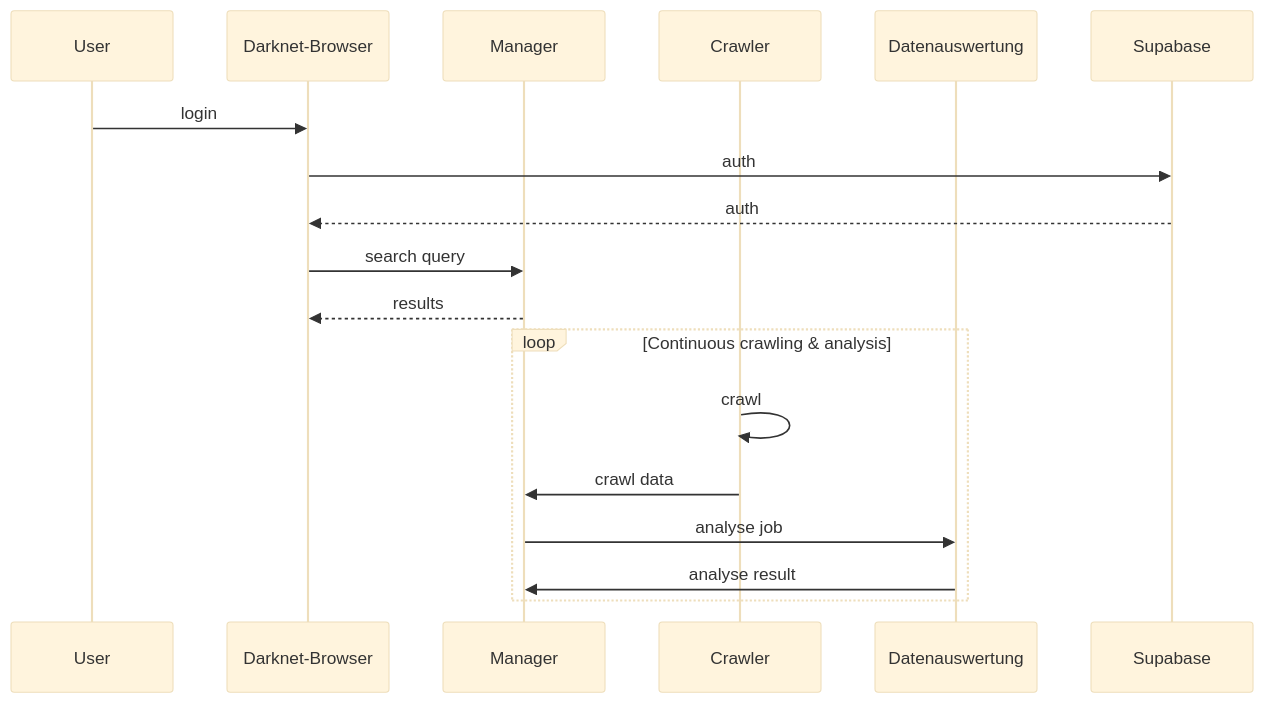
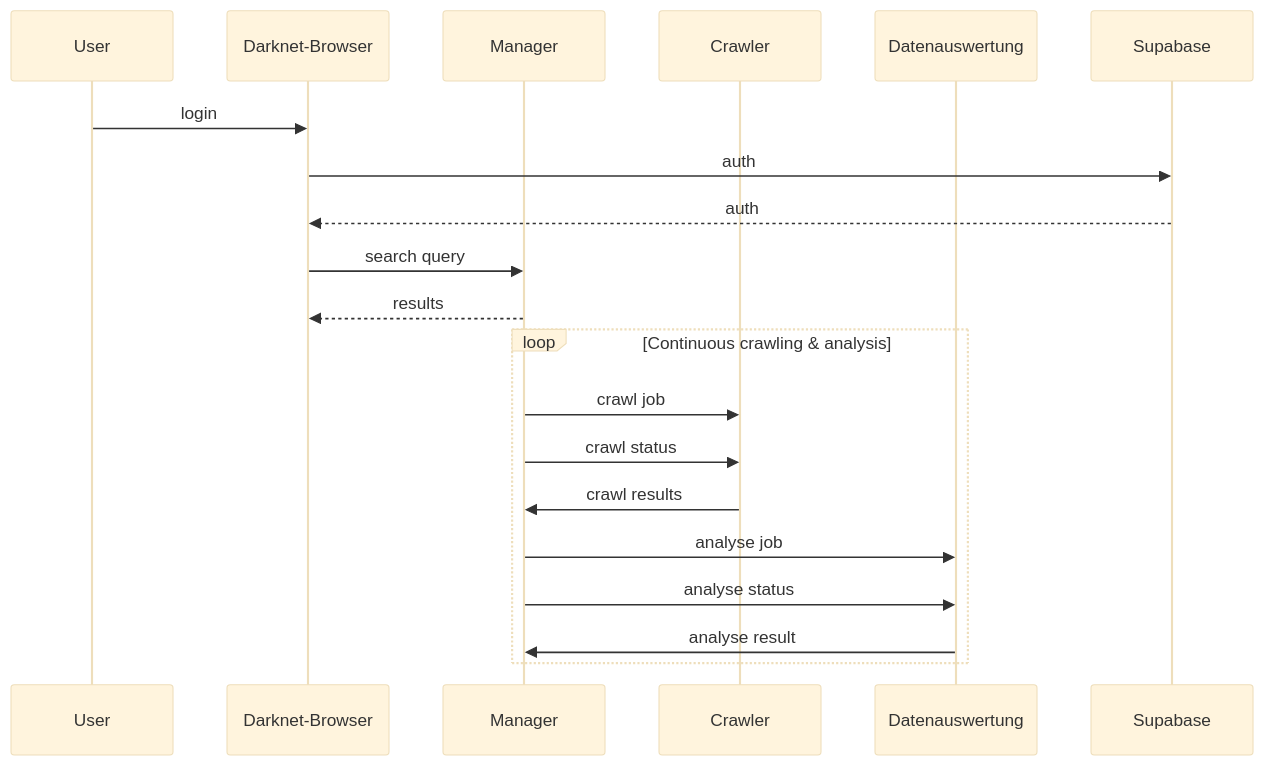
One commit to Tomatenmark05/darkwebsearch changed the diagram in README.md. Above: the diagram before and after it, drawn with Mermaid (base theme).

Commit message:
updated endpoint structure

````diff
--- a/README.md
+++ b/README.md
@@ -45,24 +45,26 @@
 ```mermaid
 sequenceDiagram
     participant User
     participant DarknetBrowser as Darknet-Browser
     participant Manager
     participant Crawler
     participant Datenauswertung
     participant Supabase
 
     %% User search flow
     User->>DarknetBrowser: login
     DarknetBrowser->>Supabase: auth
     Supabase-->>DarknetBrowser: auth
     DarknetBrowser->>Manager: search query
     Manager-->>DarknetBrowser: results
 
     %% Independent continuous crawl and analysis flow
     loop Continuous crawling & analysis
-        Crawler->>Crawler: crawl
-        Crawler->>Manager: crawl data
+        Manager->>Crawler: crawl job
+        Manager->>Crawler: crawl status
+        Crawler->>Manager: crawl results
         Manager->>Datenauswertung: analyse job
+        Manager->>Datenauswertung: analyse status
         Datenauswertung->>Manager: analyse result
     end
 ```
````
